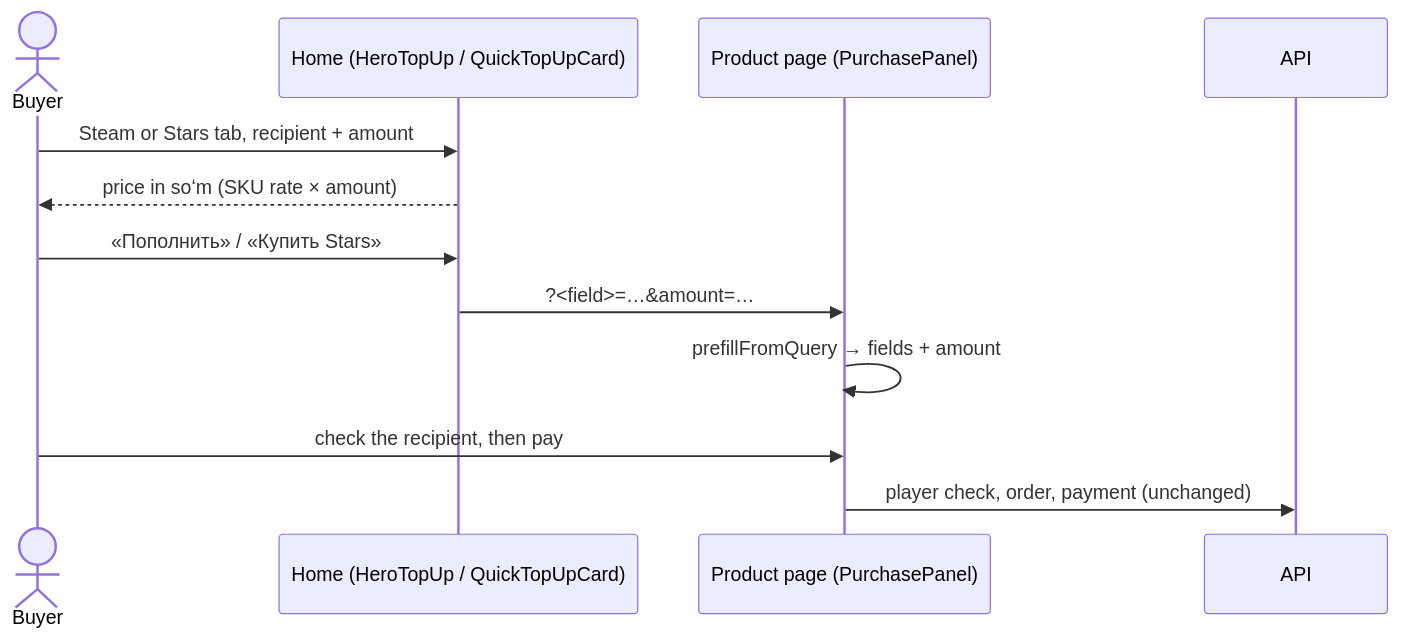
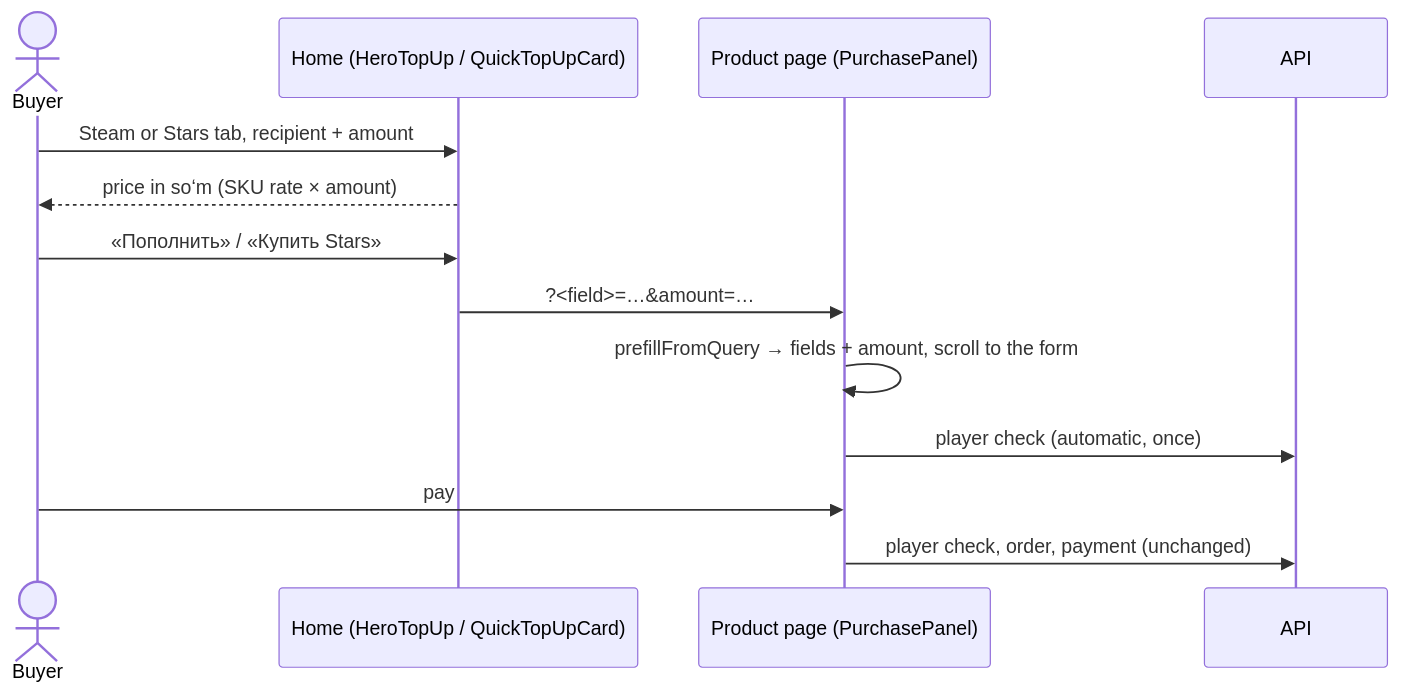
The diagram in docs/product/flows/home-quick-topup.md (jamaomonov/yupay), drawn with Mermaid before and after one commit. The commit also changed other lines of this file and 2 other files, not shown here.

First line of the commit message:
fix(web/store): a home-page hand-off keeps its amount, checks the login itself and lands on the form

````diff
--- a/docs/product/flows/home-quick-topup.md
+++ b/docs/product/flows/home-quick-topup.md
@@ -31,14 +35,15 @@
 ```mermaid
 sequenceDiagram
     actor B as Buyer
     participant H as Home (HeroTopUp / QuickTopUpCard)
     participant S as Product page (PurchasePanel)
     participant A as API
     B->>H: Steam or Stars tab, recipient + amount
     H-->>B: price in soʻm (SKU rate × amount)
     B->>H: «Пополнить» / «Купить Stars»
     H->>S: ?<field>=…&amount=…
-    S->>S: prefillFromQuery → fields + amount
-    B->>S: check the recipient, then pay
+    S->>S: prefillFromQuery → fields + amount, scroll to the form
+    S->>A: player check (automatic, once)
+    B->>S: pay
     S->>A: player check, order, payment (unchanged)
 ```
````
